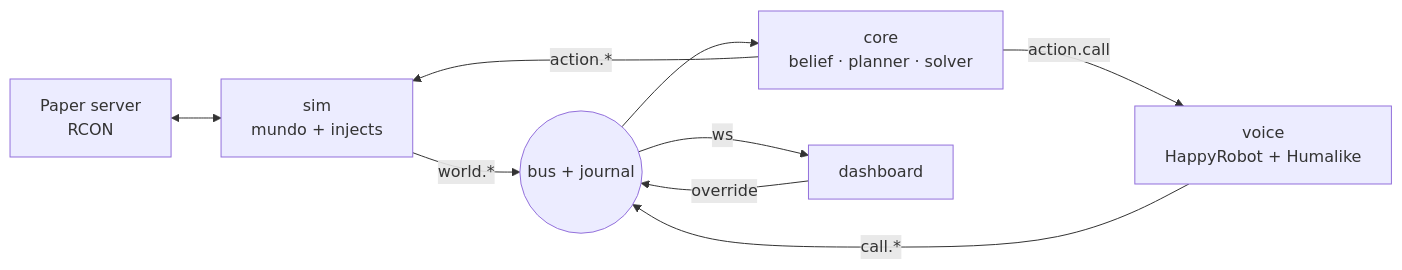
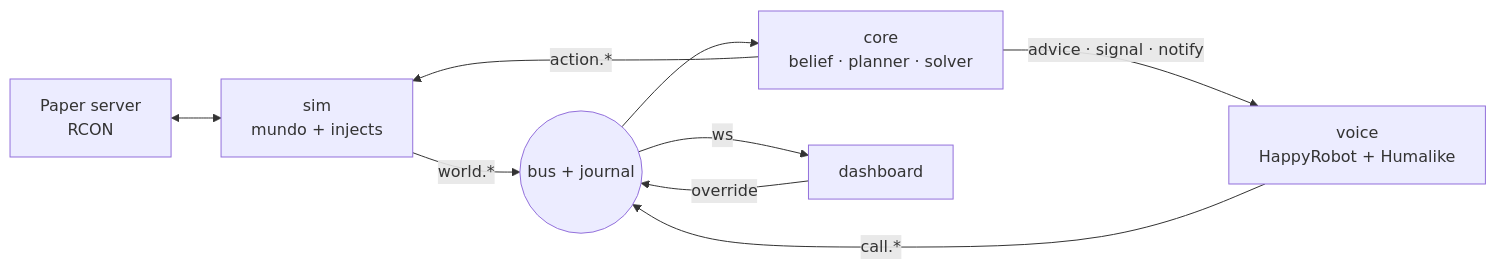
Before and after one commit to CarlosCaoLopez/HACKSPAIN-2026: the diagram in docs/backbone.md, drawn with Mermaid. The commit also changed other lines of this file and 1 other file, not shown here.

````diff
--- a/docs/backbone.md
+++ b/docs/backbone.md
@@ -108,11 +108,11 @@
 ```mermaid
 flowchart LR
   MC[Paper server<br/>RCON] <--> SIM[sim<br/>mundo + injects]
   SIM -->|world.*| BUS((bus + journal))
   VOICE[voice<br/>HappyRobot + Humalike] -->|call.*| BUS
   BUS --> CORE[core<br/>belief · planner · solver]
   CORE -->|action.*| SIM
-  CORE -->|action.call| VOICE
+  CORE -->|advice · signal · notify| VOICE
   BUS -->|ws| DASH[dashboard]
   DASH -->|override| BUS
 ```
````
